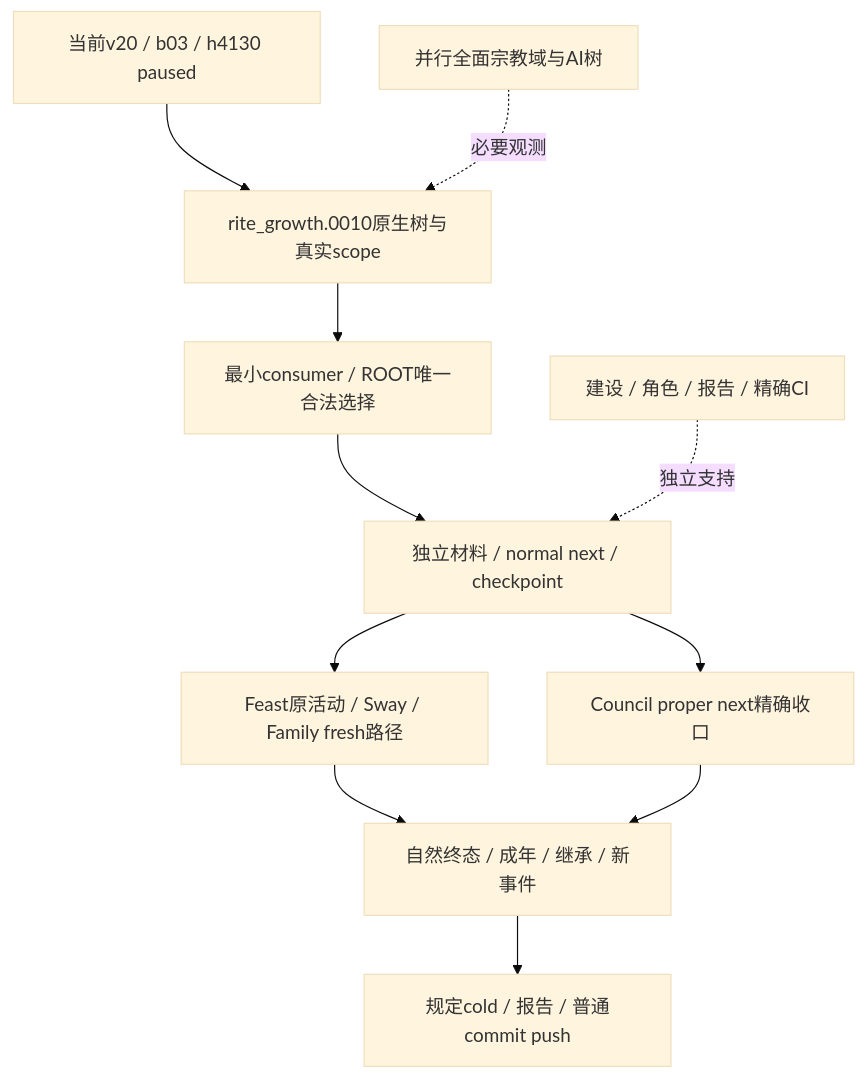
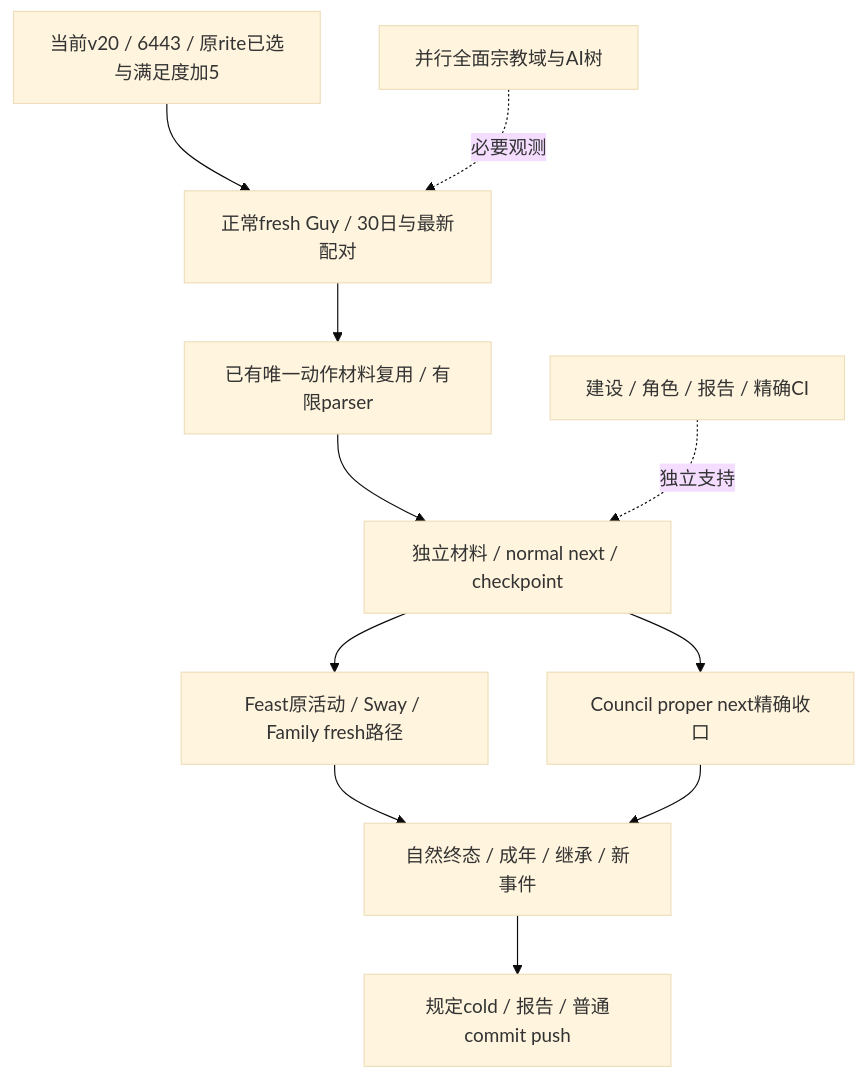
One commit to XenoAmess/ck3_eternal_recurrence changed the diagram in docs/handover/2026-10-02-g2-robert-current-state-action-plan.md. Above: the diagram before and after it, drawn with Mermaid (base theme). The commit also changed other lines of this file and 1 other file, not shown here.

````diff
--- a/docs/handover/2026-10-02-g2-robert-current-state-action-plan.md
+++ b/docs/handover/2026-10-02-g2-robert-current-state-action-plan.md
@@ -76,13 +78,13 @@
 ```mermaid
 flowchart TD
-    A[当前v20 / b03 / h4130 paused] --> B[rite_growth.0010原生树与真实scope]
+    A[当前v20 / 6443 / 原rite已选与满足度加5] --> B[正常fresh Guy / 30日与最新配对]
     R[并行全面宗教域与AI树] -. 必要观测 .-> B
-    B --> C[最小consumer / ROOT唯一合法选择]
+    B --> C[已有唯一动作材料复用 / 有限parser]
     C --> D[独立材料 / normal next / checkpoint]
     D --> E[Feast原活动 / Sway / Family fresh路径]
     D --> F[Council proper next精确收口]
     E --> G[自然终态 / 成年 / 继承 / 新事件]
     F --> G
     K[建设 / 角色 / 报告 / 精确CI] -. 独立支持 .-> D
     G --> H[规定cold / 报告 / 普通commit push]
 ```
````
